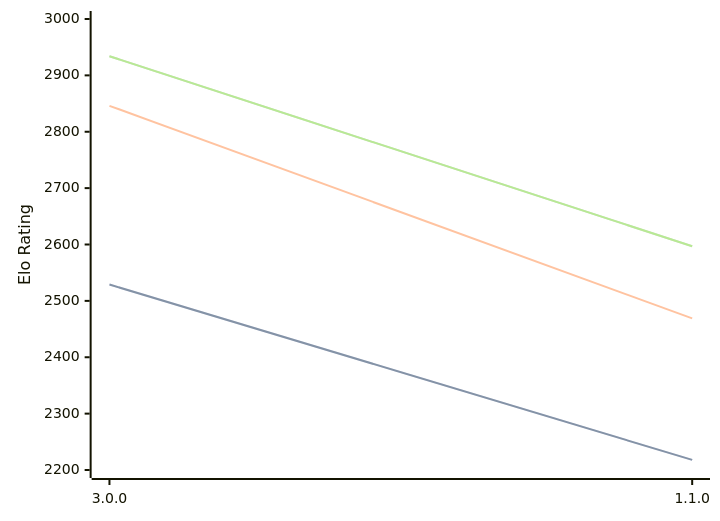
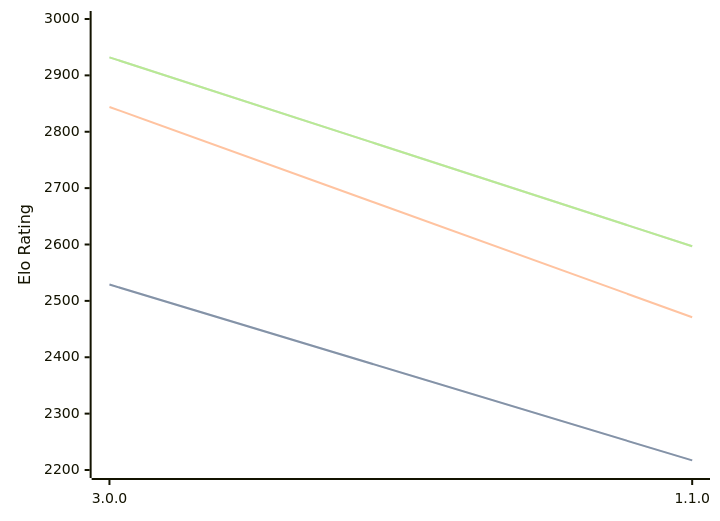
The third of 3 diagrams in engines/Potential.md (computer-chess-index/cci), drawn with Mermaid before and after one commit. The commit also changed other lines of this file, not shown here.

Commit message:
Update CCI Ratings (ELO VLTC) - 2026-06-26

````diff
--- a/engines/Potential.md
+++ b/engines/Potential.md
@@ -67,11 +67,11 @@
 ```mermaid
 %%{init: {"theme":"base","themeVariables":{"seriesColors:['#a3a3a3','#222221','#faa371']}}}%%
 xychart-beta
   x-axis ["3.0.0", "1.1.0"]
   y-axis "Elo Rating" 2200 --> 3000
-  line "STC (8.0+0.08s)" [2529, 2218]
-  line "STC (8.0+0.08s)" [2529, 2218]
-  line "LTC (60.0+0.60s)" [2846, 2469]
-  line "VLTC (2m24s+1.12s)" [2934, 2597]
-  line "VLTC (2m24s+1.12s)" [2934, 2597]
+  line "STC (8.0+0.08s)" [2529, 2217]
+  line "STC (8.0+0.08s)" [2529, 2217]
+  line "LTC (60.0+0.60s)" [2844, 2471]
+  line "VLTC (2m24s+1.12s)" [2932, 2597]
+  line "VLTC (2m24s+1.12s)" [2932, 2597]
 ```
````
